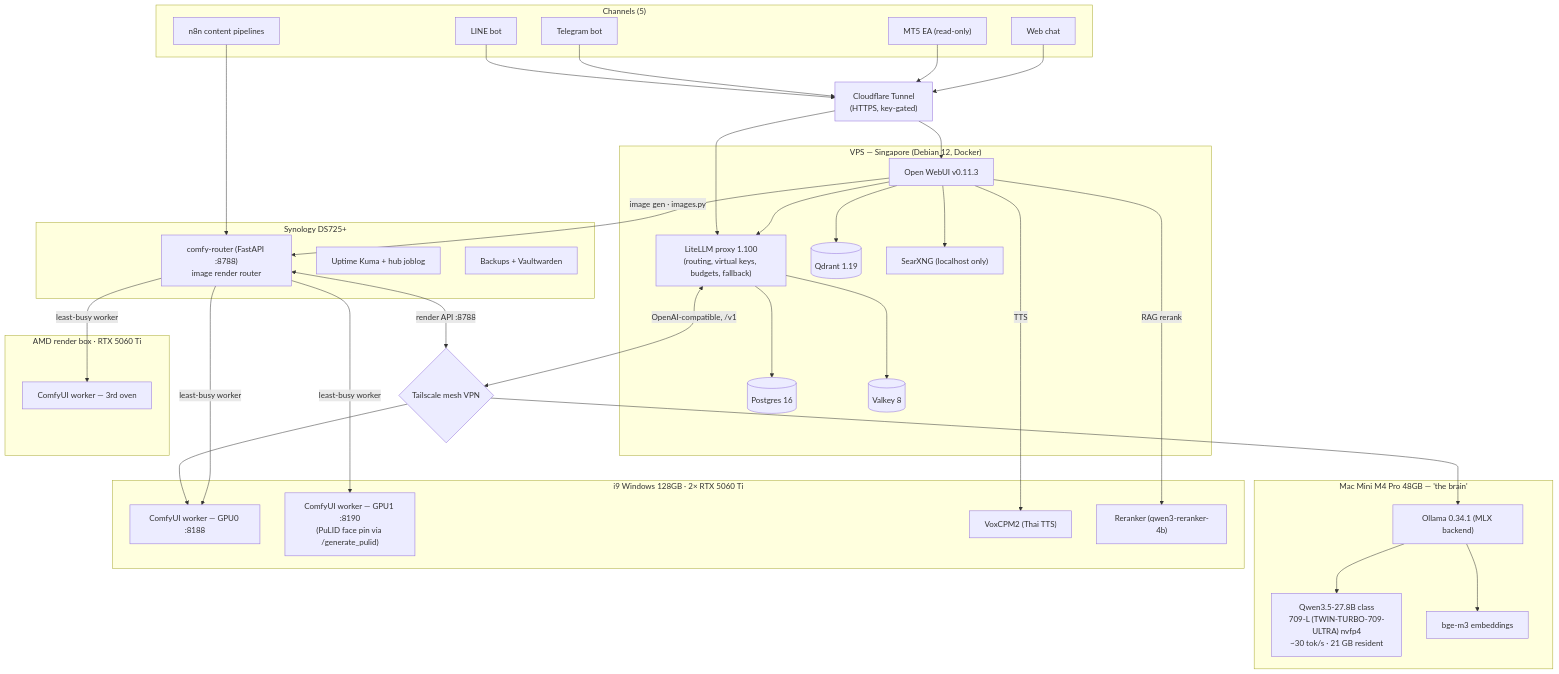
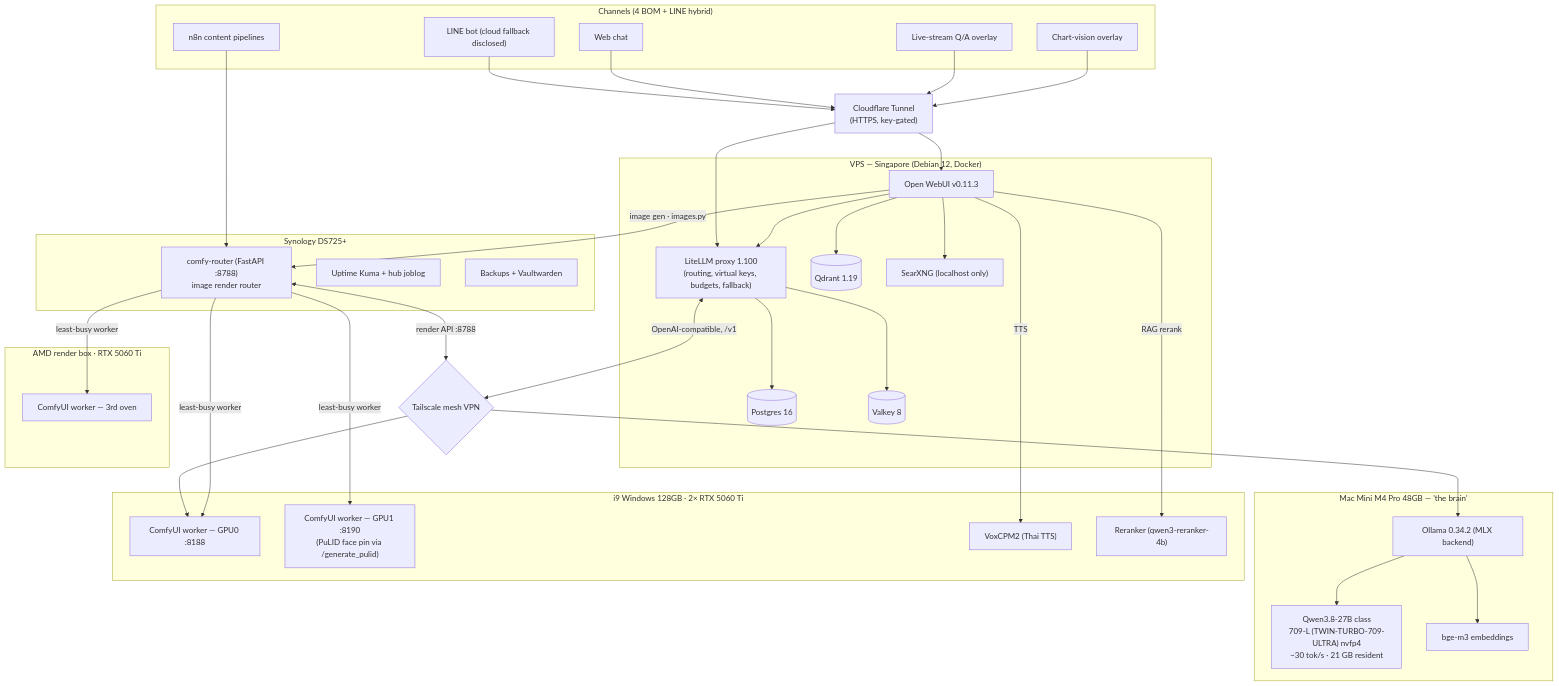
The diagram in README.md (siamcafe/bomllm), drawn with Mermaid before and after one commit. The commit also changed other lines of this file and 14 other files, not shown here.

First line of the commit message:
docs: unify cost $0.54, model Qwen3.8-27B 709-L, 4 BOM channels

````diff
--- a/README.md
+++ b/README.md
@@ -23,63 +23,63 @@
 ```mermaid
 flowchart TB
-    subgraph USERS["Channels (5)"]
-        LINE["LINE bot"]
-        TG["Telegram bot"]
-        MT5["MT5 EA (read-only)"]
+    subgraph USERS["Channels (4 BOM + LINE hybrid)"]
         WEB["Web chat"]
         N8NP["n8n content pipelines"]
+        LSO["Live-stream Q/A overlay"]
+        CVO["Chart-vision overlay"]
+        LINE["LINE bot (cloud fallback disclosed)"]
     end
 
     CF["Cloudflare Tunnel<br/>(HTTPS, key-gated)"]
 
     subgraph VPS["VPS — Singapore (Debian 12, Docker)"]
         OW["Open WebUI v0.11.3"]
         LL["LiteLLM proxy 1.100<br/>(routing, virtual keys, budgets, fallback)"]
         PG[("Postgres 16")]
         QD[("Qdrant 1.19")]
         VY[("Valkey 8")]
         SX["SearXNG (localhost only)"]
     end
 
     TS{"Tailscale mesh VPN"}
 
     subgraph MAC["Mac Mini M4 Pro 48GB — 'the brain'"]
-        OL["Ollama 0.34.1 (MLX backend)"]
-        M1["Qwen3.5-27.8B class<br/>709-L (TWIN-TURBO-709-ULTRA) nvfp4<br/>~30 tok/s · 21 GB resident"]
+        OL["Ollama 0.34.2 (MLX backend)"]
+        M1["Qwen3.8-27B class<br/>709-L (TWIN-TURBO-709-ULTRA) nvfp4<br/>~30 tok/s · 21 GB resident"]
         EMB["bge-m3 embeddings"]
     end
 
     subgraph I9["i9 Windows 128GB · 2× RTX 5060 Ti"]
         CU0["ComfyUI worker — GPU0 :8188"]
         CU1["ComfyUI worker — GPU1 :8190<br/>(PuLID face pin via /generate_pulid)"]
         TTS["VoxCPM2 (Thai TTS)"]
         RR["Reranker (qwen3-reranker-4b)"]
     end
 
     subgraph AMD["AMD render box · RTX 5060 Ti"]
         CUA["ComfyUI worker — 3rd oven"]
     end
 
     subgraph NAS["Synology DS725+"]
         CR["comfy-router (FastAPI :8788)<br/>image render router"]
         MON["Uptime Kuma + hub joblog"]
         BAK["Backups + Vaultwarden"]
     end
 
-    LINE & TG & MT5 & WEB --> CF
+    LINE & WEB & LSO & CVO --> CF
     N8NP --> CR
     CF --> OW & LL
     OW --> LL
     LL --> PG & VY
     OW --> SX
     OW --> QD
     LL <-->|"OpenAI-compatible, /v1"| TS
     CR <-->|"render API :8788"| TS
     TS --> OL
     TS --> CU0
     OL --> M1 & EMB
     OW -->|"image gen · images.py"| CR
     CR -->|"least-busy worker"| CU0 & CU1 & CUA
     OW -->|TTS| TTS
     OW -->|RAG rerank| RR
 ```
````
